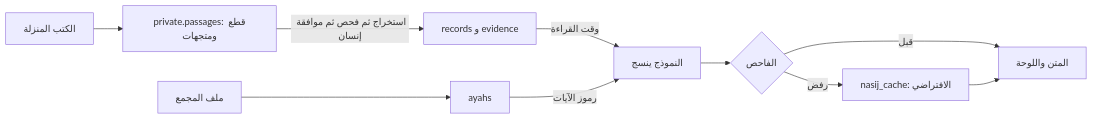
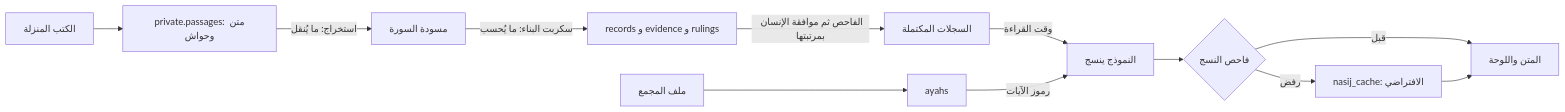
One commit to ahmed0thman/islamic_ai_ch changed the diagram in docs/06-product/record-schema.md. Above: the diagram before and after it, drawn with Mermaid. The commit also changed other lines of this file and 8 other files, not shown here.

Commit message:
feat: record schema v2 and the skill aligned with it, after the al-Kawthar test

````diff
--- a/docs/06-product/record-schema.md
+++ b/docs/06-product/record-schema.md
@@ -34,12 +68,14 @@
 ```mermaid
 flowchart LR
-  B["الكتب المنزلة"] --> P["private.passages: قطع ومتجهات"]
-  P -->|"استخراج ثم فحص ثم موافقة إنسان"| R["records و evidence"]
+  B["الكتب المنزلة"] --> P["private.passages: متن وحواش"]
+  P -->|"استخراج: ما يُنقل"| D["مسودة السورة"]
+  D -->|"سكربت البناء: ما يُحسب"| R["records و evidence و rulings"]
+  R -->|"الفاحص ثم موافقة الإنسان بمرتبتها"| K["السجلات المكتملة"]
   Q["ملف المجمع"] --> A["ayahs"]
-  R -->|"وقت القراءة"| W["النموذج ينسج"]
+  K -->|"وقت القراءة"| W["النموذج ينسج"]
   A -->|"رموز الآيات"| W
-  W --> C{"الفاحص"}
+  W --> C{"فاحص النسج"}
   C -->|"قبل"| U["المتن واللوحة"]
-  C -->|"رفض"| D["nasij_cache: الافتراضي"]
-  D --> U
+  C -->|"رفض"| N["nasij_cache: الافتراضي"]
+  N --> U
 ```
````
